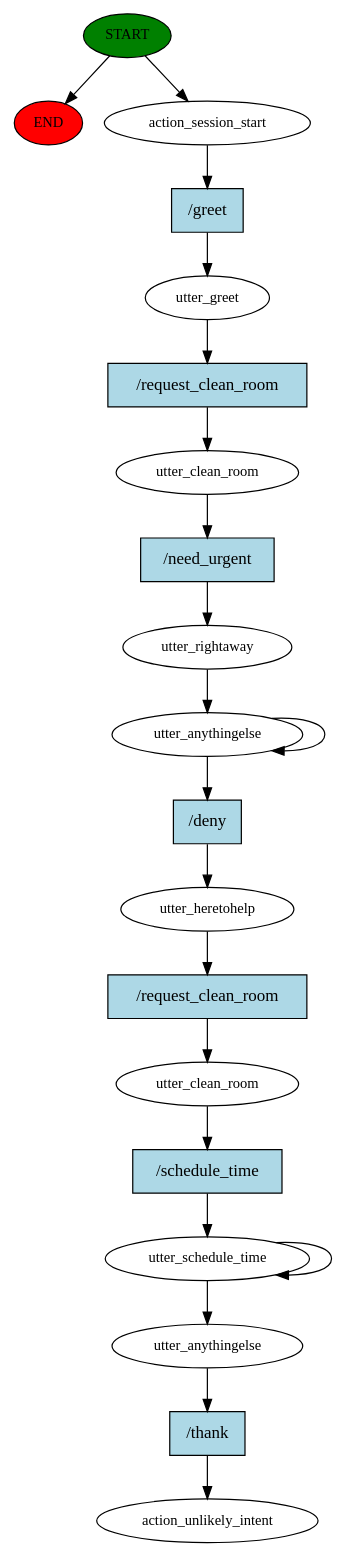
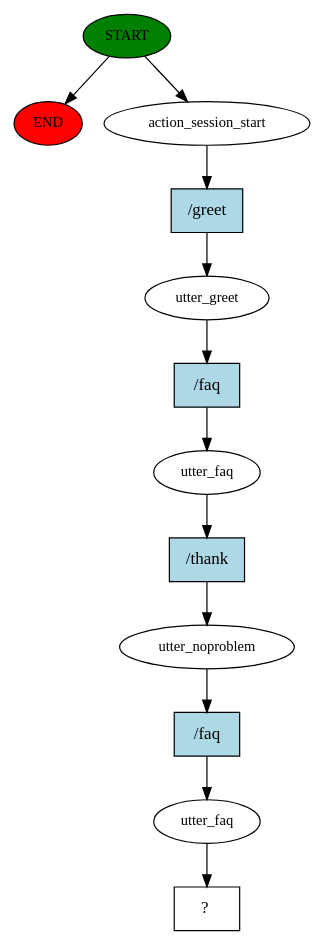
The diagram in story_graph.dot (l2nguyen/hotel-concierge-bot), drawn with Graphviz before and after one commit. The commit also changed 6 other files, not shown here.

Commit message:
Added faq - check in and check out time

```diff
--- a/story_graph.dot
+++ b/story_graph.dot
@@ -1,41 +1,25 @@
 digraph  {
 0 [class="start active", fillcolor=green, fontsize=12, label=START, style=filled];
 "-1" [class=end, fillcolor=red, fontsize=12, label=END, style=filled];
 1 [class=active, fontsize=12, label=action_session_start];
 2 [class=active, fontsize=12, label=utter_greet];
-3 [class=active, fontsize=12, label=utter_clean_room];
-4 [class=active, fontsize=12, label=utter_rightaway];
-5 [class=active, fontsize=12, label=utter_anythingelse];
-7 [class=active, fontsize=12, label=utter_heretohelp];
-8 [class=active, fontsize=12, label=utter_clean_room];
-9 [class=active, fontsize=12, label=utter_schedule_time];
-12 [class=active, fontsize=12, label=utter_anythingelse];
-13 [class="dashed active", fontsize=12, label=action_unlikely_intent];
-14 [class="intent active", fillcolor=lightblue, label="/greet", shape=rect, style=filled];
-15 [class="intent active", fillcolor=lightblue, label="/request_clean_room", shape=rect, style=filled];
-16 [class="intent active", fillcolor=lightblue, label="/need_urgent", shape=rect, style=filled];
-17 [class="intent active", fillcolor=lightblue, label="/deny", shape=rect, style=filled];
-18 [class="intent active", fillcolor=lightblue, label="/request_clean_room", shape=rect, style=filled];
-19 [class="intent active", fillcolor=lightblue, label="/schedule_time", shape=rect, style=filled];
-20 [class="intent active", fillcolor=lightblue, label="/thank", shape=rect, style=filled];
+3 [class=active, fontsize=12, label=utter_faq];
+4 [class=active, fontsize=12, label=utter_noproblem];
+5 [class=active, fontsize=12, label=utter_faq];
+6 [class="intent dashed active", label="  ?  ", shape=rect];
+7 [class="intent active", fillcolor=lightblue, label="/greet", shape=rect, style=filled];
+8 [class="intent active", fillcolor=lightblue, label="/faq", shape=rect, style=filled];
+9 [class="intent active", fillcolor=lightblue, label="/thank", shape=rect, style=filled];
+10 [class="intent active", fillcolor=lightblue, label="/faq", shape=rect, style=filled];
 0 -> "-1"  [class="", key=NONE, label=""];
 0 -> 1  [class=active, key=NONE, label=""];
-1 -> 14  [class=active, key=0];
-2 -> 15  [class=active, key=0];
-3 -> 16  [class=active, key=0];
-4 -> 5  [class=active, key=NONE, label=""];
-5 -> 5  [class=active, key=NONE, label=""];
-5 -> 17  [class=active, key=0];
-7 -> 18  [class=active, key=0];
-8 -> 19  [class=active, key=0];
-9 -> 9  [class=active, key=NONE, label=""];
-9 -> 12  [class=active, key=NONE, label=""];
-12 -> 20  [class=active, key=0];
-14 -> 2  [class=active, key=0];
-15 -> 3  [class=active, key=0];
-16 -> 4  [class=active, key=0];
-17 -> 7  [class=active, key=0];
-18 -> 8  [class=active, key=0];
-19 -> 9  [class=active, key=0];
-20 -> 13  [class=active, key=0];
+1 -> 7  [class=active, key=0];
+2 -> 8  [class=active, key=0];
+3 -> 9  [class=active, key=0];
+4 -> 10  [class=active, key=0];
+5 -> 6  [class=active, key=NONE, label=""];
+7 -> 2  [class=active, key=0];
+8 -> 3  [class=active, key=0];
+9 -> 4  [class=active, key=0];
+10 -> 5  [class=active, key=0];
 }
```
